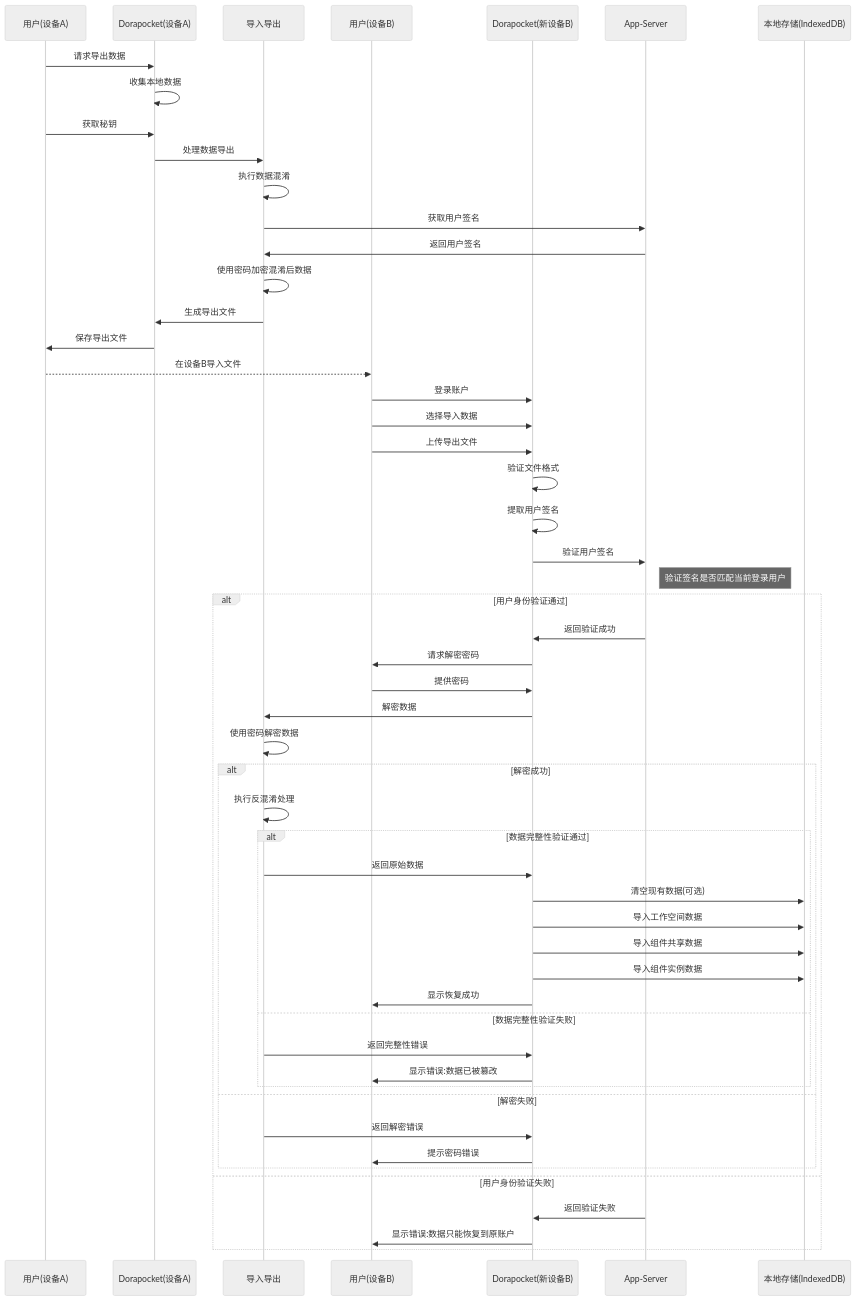
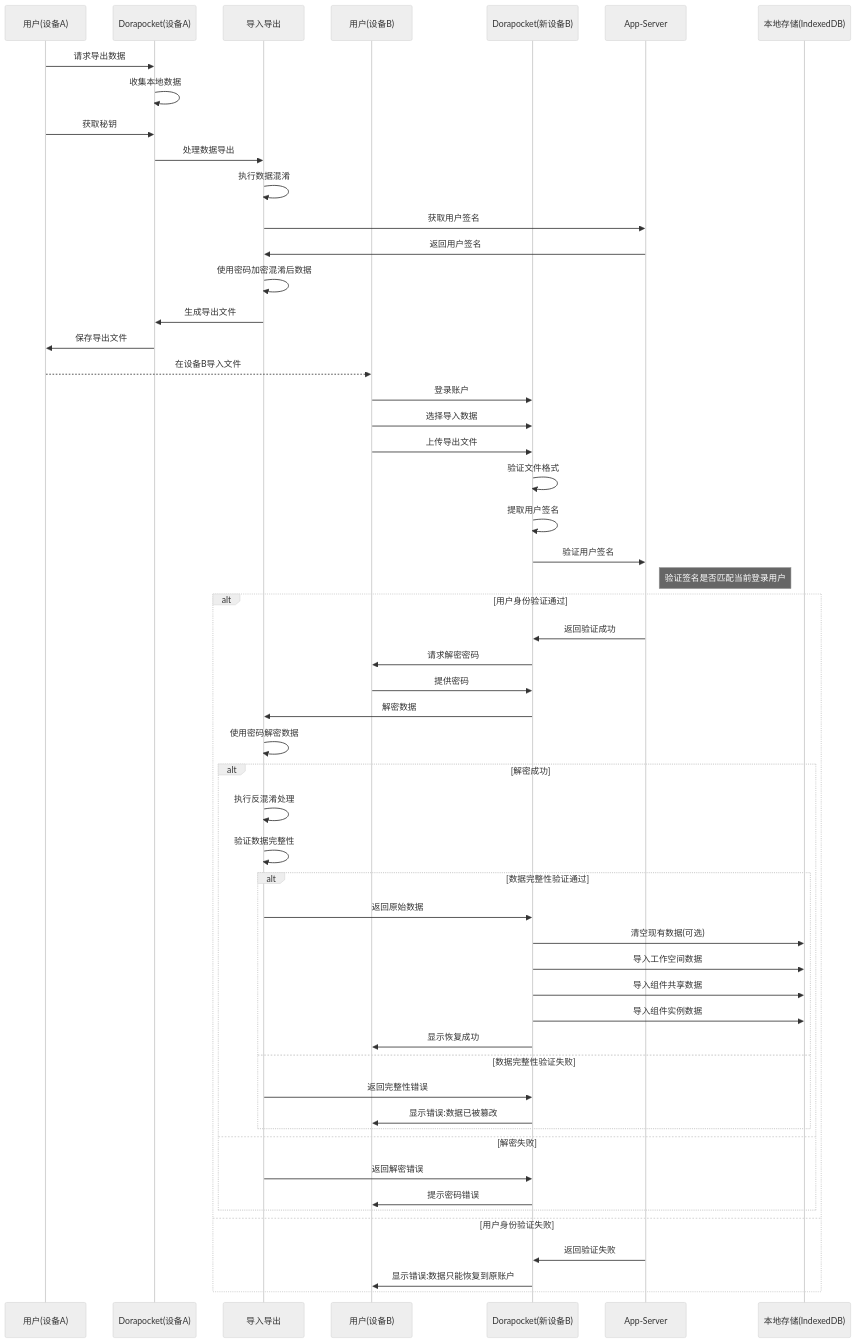
Before and after one commit to yingjianzh/iodraw-files: the diagram in all/未命名-34.md, drawn with Mermaid (neutral theme).

Commit message:
2025-04-17 16:57:56 update

````diff
--- a/all/未命名-34.md
+++ b/all/未命名-34.md
@@ -1,69 +1,69 @@
 ```mermaid
 sequenceDiagram
     participant UserOld as 用户(设备A)
     participant AppOld as Dorapocket(设备A)
     participant Security as 导入导出
     participant UserNew as 用户(设备B)
     participant AppNew as Dorapocket(新设备B)
     participant AppServer as App-Server
     participant LocalDB as 本地存储(IndexedDB)
     
     %% 导出流程
     UserOld->>AppOld: 请求导出数据
     AppOld->>AppOld: 收集本地数据
     UserOld->>AppOld: 获取秘钥
     
     AppOld->>Security: 处理数据导出
     Security->>Security: 执行数据混淆
     Security->>AppServer: 获取用户签名
     AppServer->>Security: 返回用户签名
     Security->>Security: 使用密码加密混淆后数据
     Security->>AppOld: 生成导出文件
     AppOld->>UserOld: 保存导出文件
     
     %% 传输文件(由用户完成)
     UserOld-->>UserNew: 在设备B导入文件
     
     %% 恢复流程
     UserNew->>AppNew: 登录账户
     UserNew->>AppNew: 选择导入数据
     UserNew->>AppNew: 上传导出文件
     
     AppNew->>AppNew: 验证文件格式
     AppNew->>AppNew: 提取用户签名
     
     AppNew->>AppServer: 验证用户签名
     note right of AppServer: 验证签名是否匹配当前登录用户
     
     alt 用户身份验证通过
         AppServer->>AppNew: 返回验证成功
         AppNew->>UserNew: 请求解密密码
         UserNew->>AppNew: 提供密码
         
         AppNew->>Security: 解密数据
         Security->>Security: 使用密码解密数据
         
         alt 解密成功
             Security->>Security: 执行反混淆处理
-            
+            Security->>Security: 验证数据完整性
             
             alt 数据完整性验证通过
                 Security->>AppNew: 返回原始数据
                 AppNew->>LocalDB: 清空现有数据(可选)
                 AppNew->>LocalDB: 导入工作空间数据
                 AppNew->>LocalDB: 导入组件共享数据
                 AppNew->>LocalDB: 导入组件实例数据
                 AppNew->>UserNew: 显示恢复成功
             else 数据完整性验证失败
                 Security->>AppNew: 返回完整性错误
                 AppNew->>UserNew: 显示错误:数据已被篡改
             end
         else 解密失败
             Security->>AppNew: 返回解密错误
             AppNew->>UserNew: 提示密码错误
         end
     else 用户身份验证失败
         AppServer->>AppNew: 返回验证失败
         AppNew->>UserNew: 显示错误:数据只能恢复到原账户
     end
 ```
````
